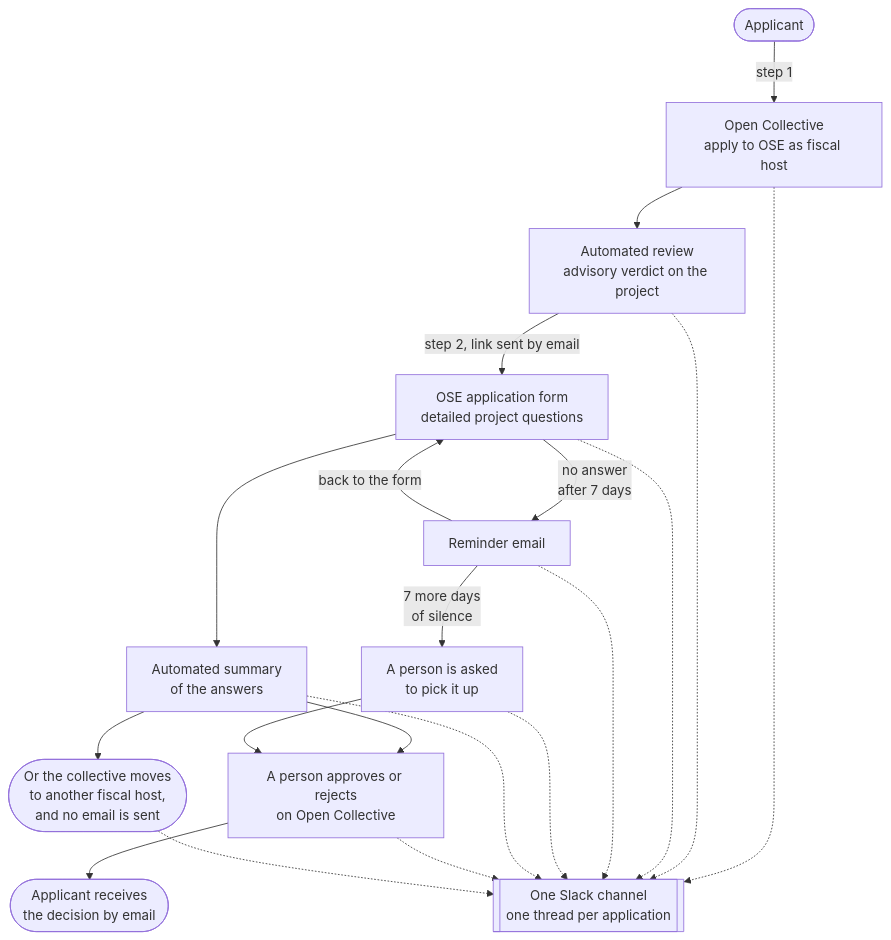
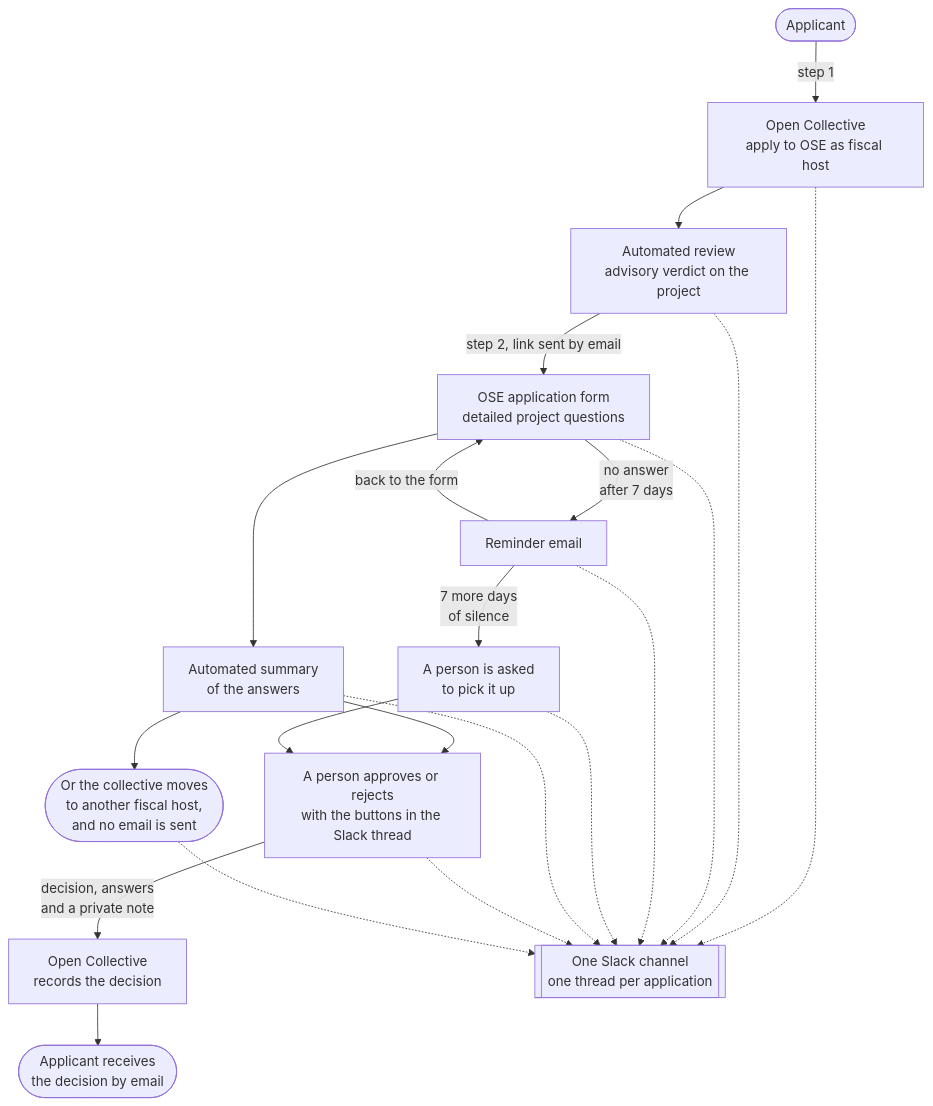
The diagram in README.md (opensourceeurope/community), drawn with Mermaid before and after one commit. The commit also changed other lines of this file and 15 other files, not shown here.

Commit message:
feat: approve or reject an application from its Slack thread, with an editable email and a private note (#116)

````diff
--- a/README.md
+++ b/README.md
@@ -16,26 +16,27 @@
 ```mermaid
 flowchart TD
     A(["Applicant"]) -->|"step 1"| OC["Open Collective<br>apply to OSE as fiscal host"]
     OC --> AI["Automated review<br>advisory verdict on the project"]
     AI -->|"step 2, link sent by email"| FORM["OSE application form<br>detailed project questions"]
     FORM --> SUM["Automated summary<br>of the answers"]
-    SUM --> DEC["A person approves or rejects<br>on Open Collective"]
-    DEC --> MAIL(["Applicant receives<br>the decision by email"])
+    SUM --> DEC["A person approves or rejects<br>with the buttons in the Slack thread"]
+    DEC -->|"decision, answers<br>and a private note"| OCD["Open Collective<br>records the decision"]
+    OCD --> MAIL(["Applicant receives<br>the decision by email"])
     SUM --> MOVE(["Or the collective moves<br>to another fiscal host,<br>and no email is sent"])
 
     FORM -->|"no answer<br>after 7 days"| REM["Reminder email"]
     REM -->|"back to the form"| FORM
     REM -->|"7 more days<br>of silence"| ESC["A person is asked<br>to pick it up"]
     ESC --> DEC
 
     OC -.-> SL
     AI -.-> SL
     FORM -.-> SL
     REM -.-> SL
     ESC -.-> SL
     SUM -.-> SL
     DEC -.-> SL
     MOVE -.-> SL
 
     SL[["One Slack channel<br>one thread per application"]]
 ```
````
